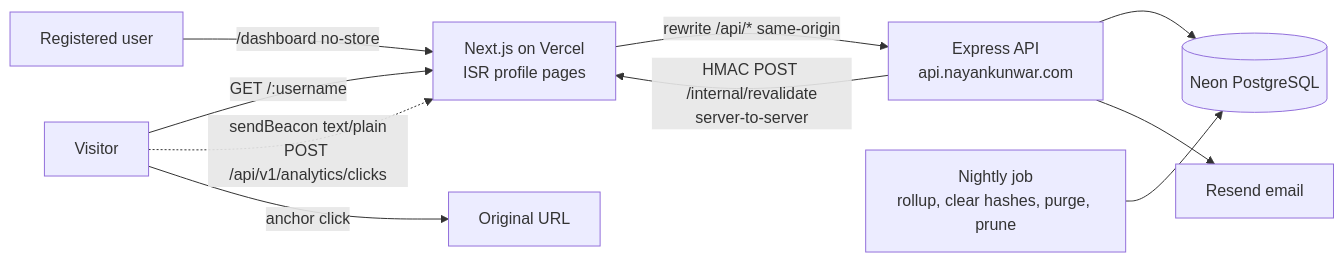
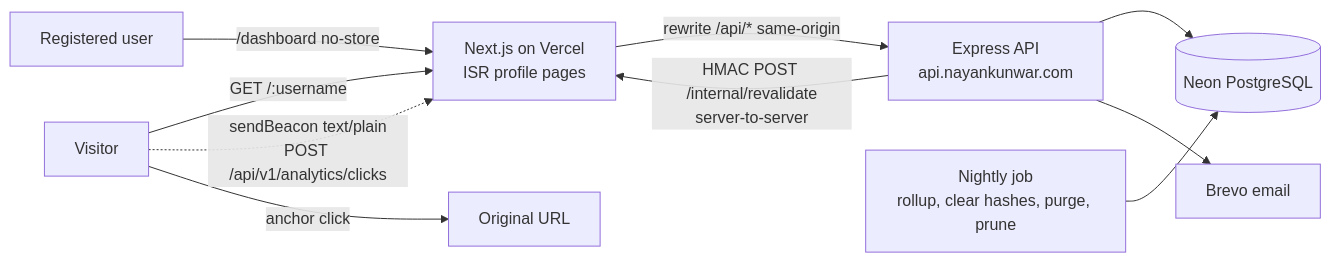
Before and after one commit to nayan-kunwar/LinkHub: the first of 2 diagrams in link-hub-architecture.md, drawn with Mermaid. The commit also changed other lines of this file and 6 other files, not shown here.

Commit message:
feat(api): add Brevo email transport

````diff
--- a/link-hub-architecture.md
+++ b/link-hub-architecture.md
@@ -176,12 +176,12 @@
 ```mermaid
 flowchart LR
     V[Visitor] -->|GET /:username| W[Next.js on Vercel<br/>ISR profile pages]
     U[Registered user] -->|/dashboard no-store| W
     W -->|rewrite /api/* same-origin| A[Express API<br/>api.nayankunwar.com]
     V -.->|sendBeacon text/plain<br/>POST /api/v1/analytics/clicks| W
     V -->|anchor click| X[Original URL]
     A --> P[(Neon PostgreSQL)]
     A -->|HMAC POST /internal/revalidate<br/>server-to-server| W
-    A --> M[Resend email]
+    A --> M[Brevo email]
     J[Nightly job<br/>rollup, clear hashes, purge, prune] --> P
 ```
````
